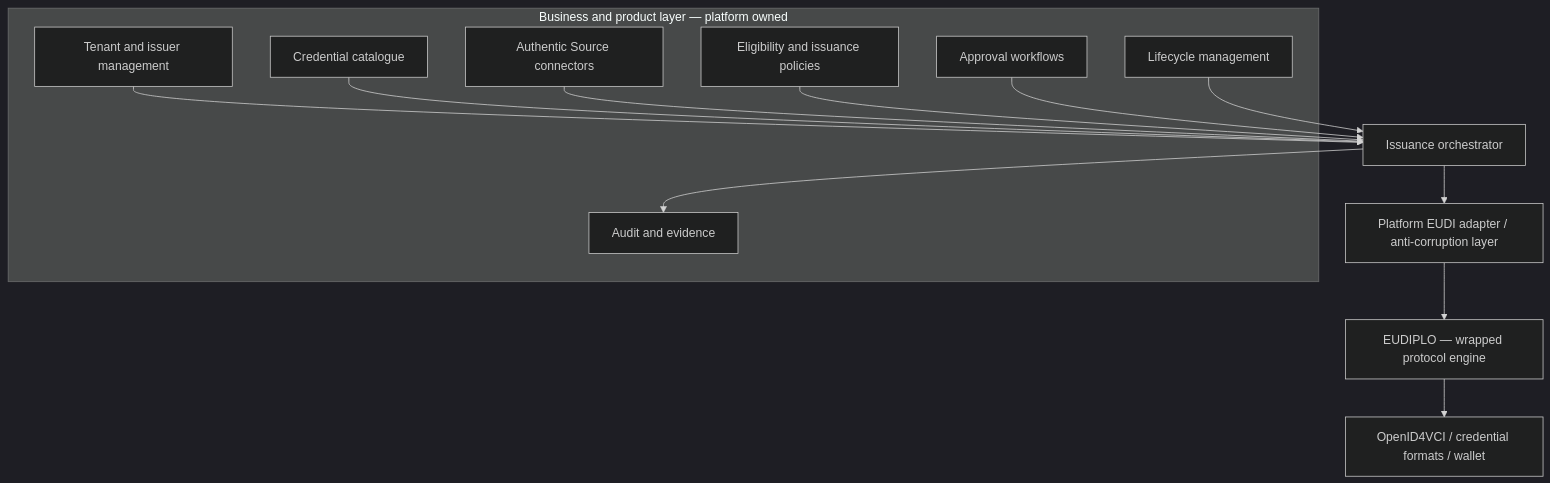
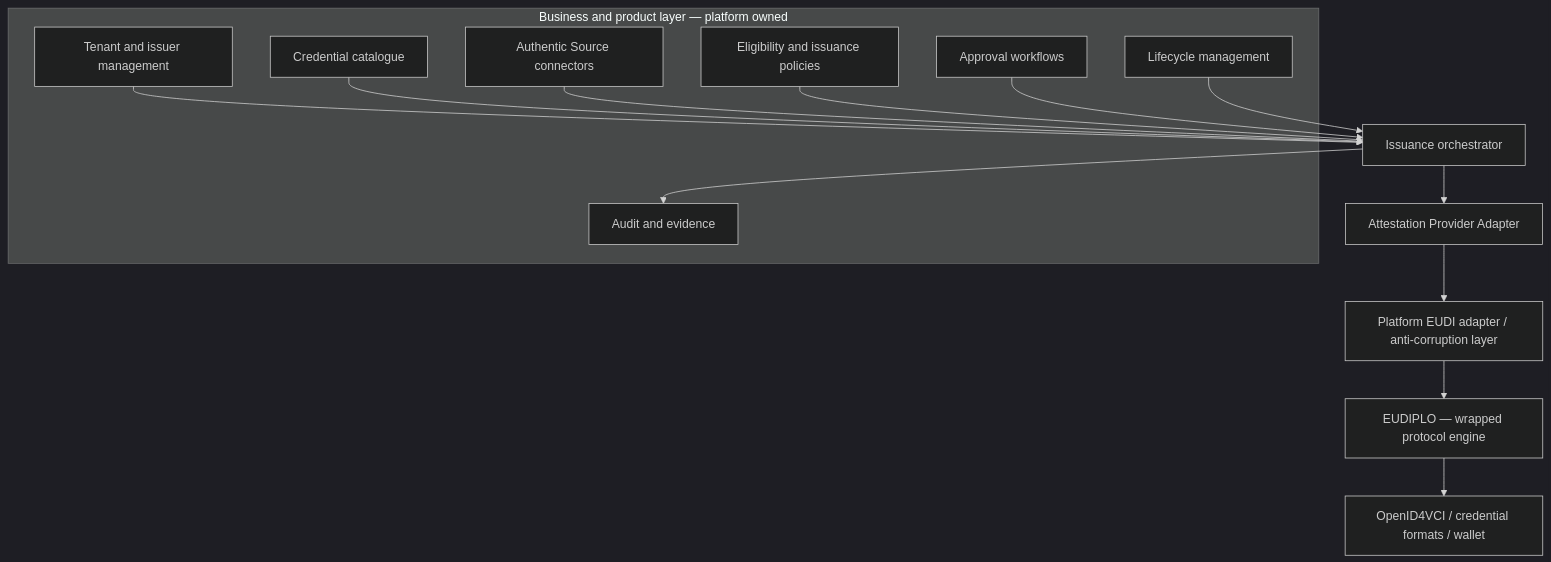
The first of 2 diagrams in 08-architecture/issuance-service-architecture.md (ssanchocanela/european-digital-trust-platform), drawn with Mermaid (dark theme) before and after one commit. The commit also changed other lines of this file and 14 other files, not shown here.

Commit message:
Analyse attestation provider operating models

````diff
--- a/08-architecture/issuance-service-architecture.md
+++ b/08-architecture/issuance-service-architecture.md
@@ -7,27 +7,29 @@
 ```mermaid
 flowchart TB
   subgraph Product["Business and product layer — platform owned"]
     TEN["Tenant and issuer management"]
     CAT["Credential catalogue"]
     ASC["Authentic Source connectors"]
     POL["Eligibility and issuance policies"]
     APP["Approval workflows"]
     LIFE["Lifecycle management"]
     AUD["Audit and evidence"]
   end
   ORCH["Issuance orchestrator"]
+  PROVIDER["Attestation Provider Adapter"]
   ADAPTER["Platform EUDI adapter / anti-corruption layer"]
   EUDIPLO["EUDIPLO — wrapped protocol engine"]
   PROTO["OpenID4VCI / credential formats / wallet"]
 
   TEN --> ORCH
   CAT --> ORCH
   ASC --> ORCH
   POL --> ORCH
   APP --> ORCH
   LIFE --> ORCH
   ORCH --> AUD
-  ORCH --> ADAPTER
+  ORCH --> PROVIDER
+  PROVIDER --> ADAPTER
   ADAPTER --> EUDIPLO
   EUDIPLO --> PROTO
 ```
````
